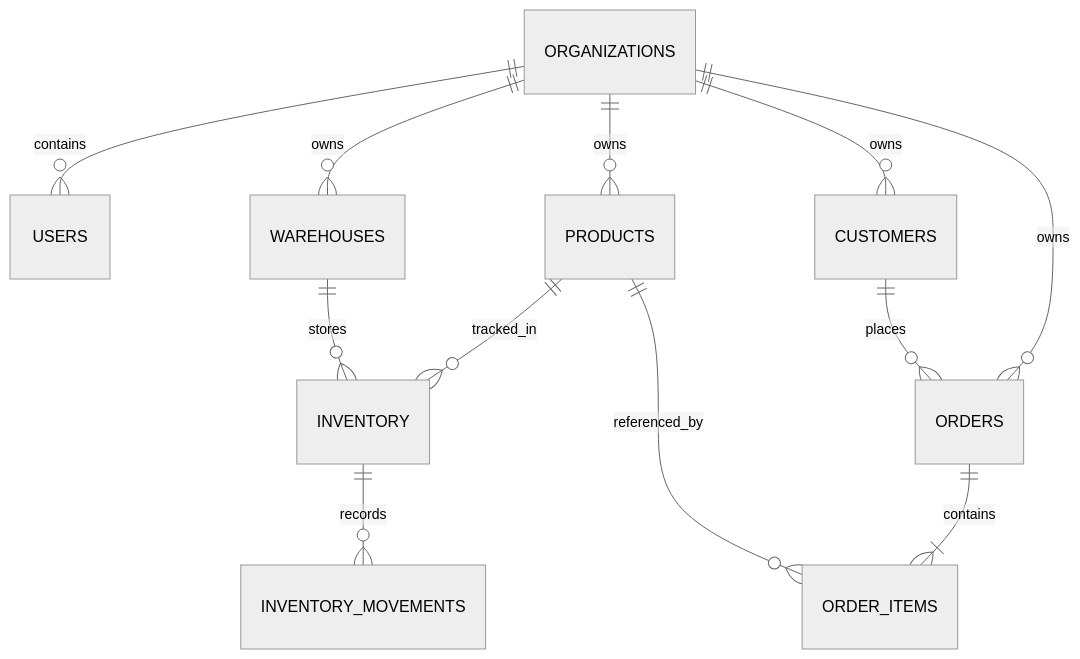
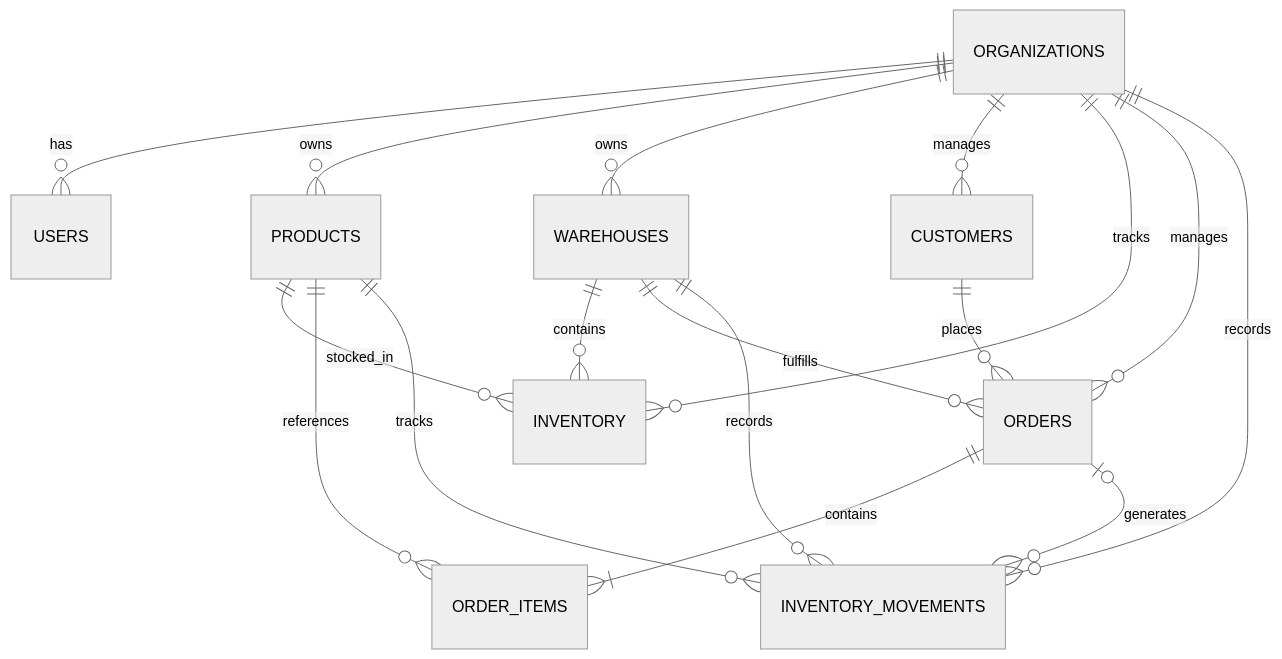
Before and after one commit to srohan-0912/inventoryflow: the first of 2 diagrams in README.md, drawn with Mermaid (neutral theme). The commit also changed other lines of this file, not shown here.

````diff
--- a/README.md
+++ b/README.md
@@ -953,17 +485,24 @@
 ```mermaid
 erDiagram
-    ORGANIZATIONS ||--o{ USERS : contains
+    ORGANIZATIONS ||--o{ USERS : has
     ORGANIZATIONS ||--o{ PRODUCTS : owns
     ORGANIZATIONS ||--o{ WAREHOUSES : owns
-    ORGANIZATIONS ||--o{ CUSTOMERS : owns
-    ORGANIZATIONS ||--o{ ORDERS : owns
+    ORGANIZATIONS ||--o{ CUSTOMERS : manages
+    ORGANIZATIONS ||--o{ INVENTORY : tracks
+    ORGANIZATIONS ||--o{ ORDERS : manages
+    ORGANIZATIONS ||--o{ INVENTORY_MOVEMENTS : records
 
-    PRODUCTS ||--o{ INVENTORY : tracked_in
-    WAREHOUSES ||--o{ INVENTORY : stores
+    PRODUCTS ||--o{ INVENTORY : stocked_in
+    WAREHOUSES ||--o{ INVENTORY : contains
 
     CUSTOMERS ||--o{ ORDERS : places
+    WAREHOUSES ||--o{ ORDERS : fulfills
+
     ORDERS ||--|{ ORDER_ITEMS : contains
-    PRODUCTS ||--o{ ORDER_ITEMS : referenced_by
+    PRODUCTS ||--o{ ORDER_ITEMS : references
 
-    INVENTORY ||--o{ INVENTORY_MOVEMENTS : records
+    PRODUCTS ||--o{ INVENTORY_MOVEMENTS : tracks
+    WAREHOUSES ||--o{ INVENTORY_MOVEMENTS : records
+    ORDERS o|--o{ INVENTORY_MOVEMENTS : generates
+
 ```
````
